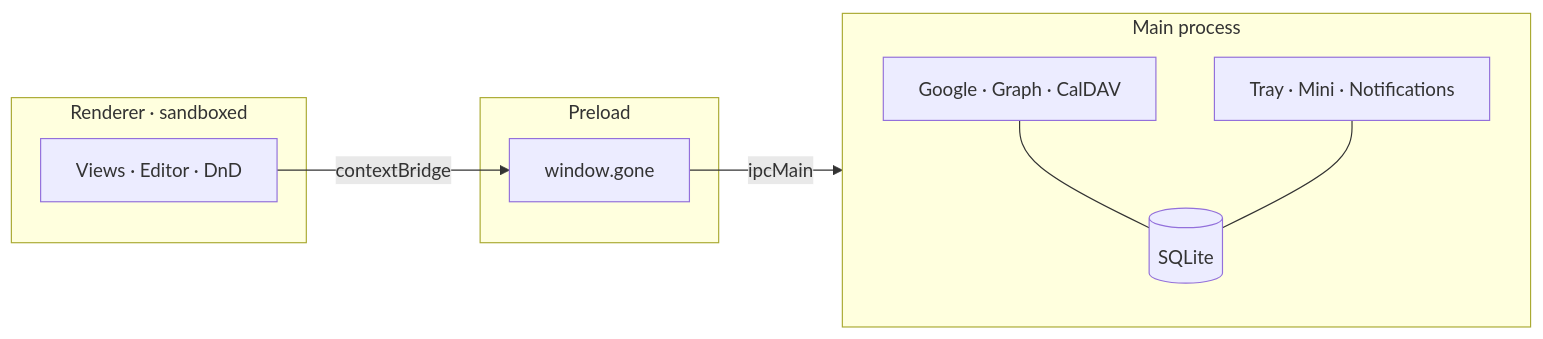
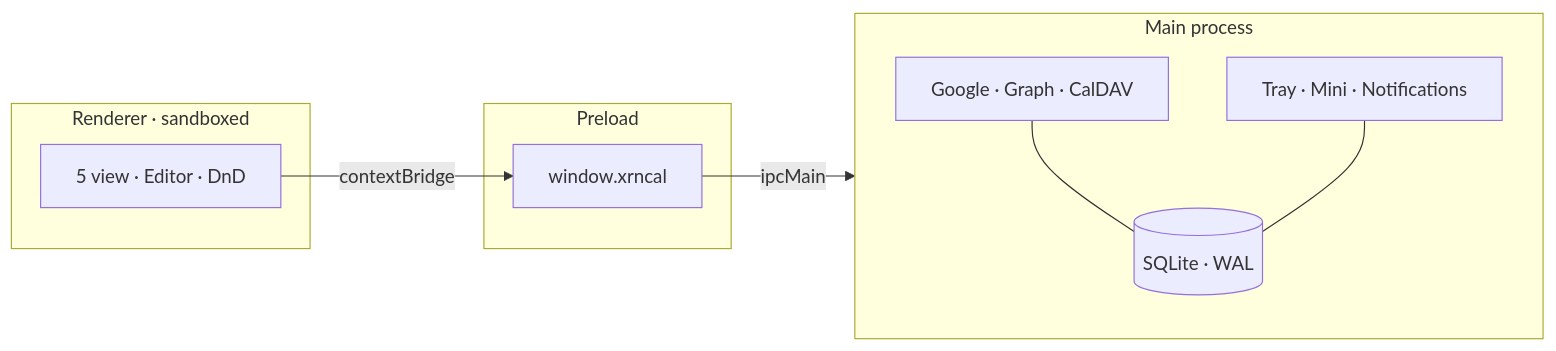
One commit to Xernnn/xrncal-desktop changed the diagram in README.md. Above: the diagram before and after it, drawn with Mermaid. The commit also changed other lines of this file and 6 other files, not shown here.

````diff
--- a/README.md
+++ b/README.md
@@ -130,18 +242,18 @@
 ```mermaid
 flowchart LR
   subgraph renderer [Renderer · sandboxed]
-    UI[Views · Editor · DnD]
+    UI[5 view · Editor · DnD]
   end
   subgraph preload [Preload]
-    Bridge["window.gone"]
+    Bridge["window.xrncal"]
   end
   subgraph main [Main process]
-    DB[(SQLite)]
+    DB[(SQLite · WAL)]
     Sync[Google · Graph · CalDAV]
     OS[Tray · Mini · Notifications]
   end
   UI -->|"contextBridge"| Bridge
   Bridge -->|"ipcMain"| main
   Sync --- DB
   OS --- DB
 ```
````
